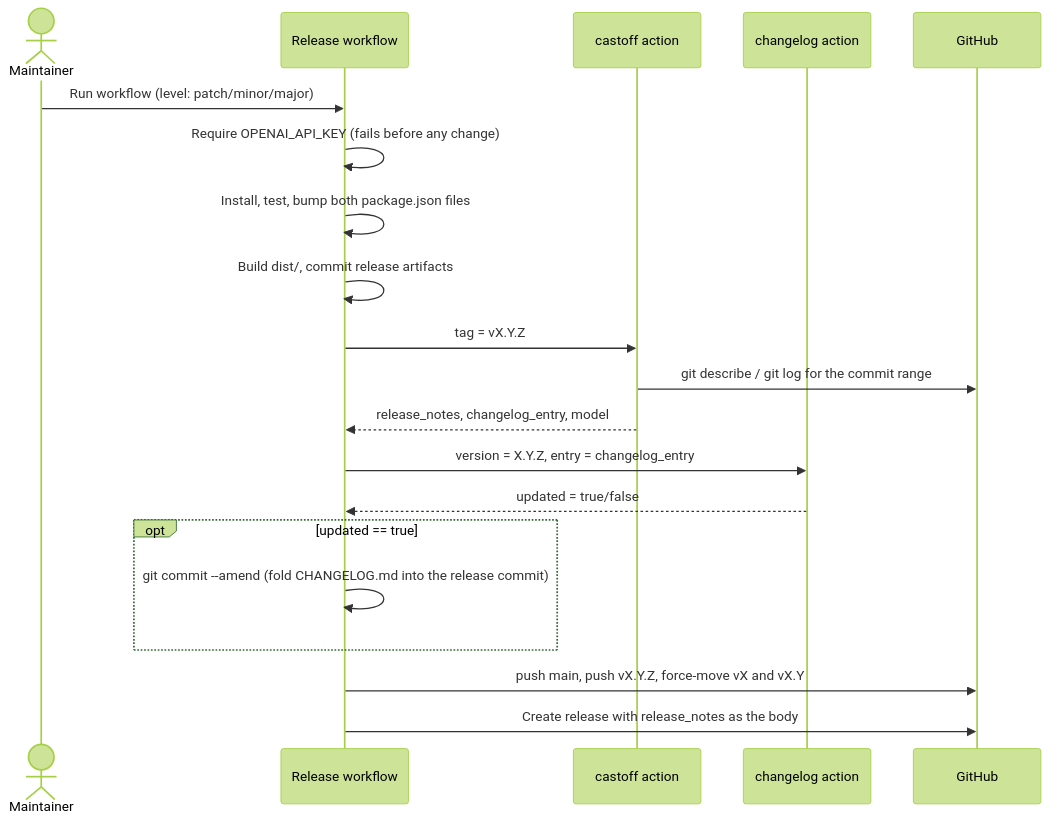
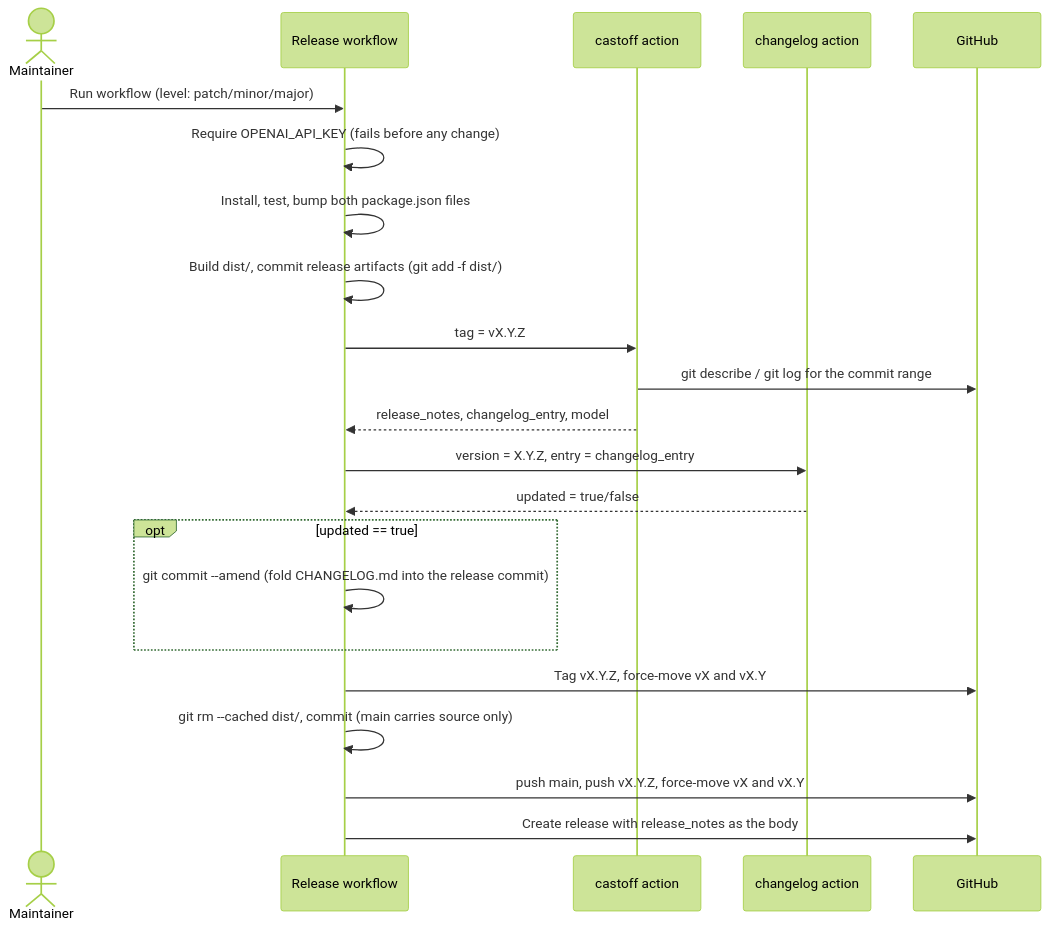
The second of 4 diagrams in docs/architecture.md (everydaydevopsio/castoff), drawn with Mermaid (forest theme) before and after one commit. The commit also changed other lines of this file and 21 other files, not shown here.

First line of the commit message:
feat: build the action bundle at release time

````diff
--- a/docs/architecture.md
+++ b/docs/architecture.md
@@ -59,23 +59,25 @@
 ```mermaid
 sequenceDiagram
   actor Maintainer
   participant WF as Release workflow
   participant CA as castoff action
   participant CL as changelog action
   participant GH as GitHub
 
   Maintainer->>WF: Run workflow (level: patch/minor/major)
   WF->>WF: Require OPENAI_API_KEY (fails before any change)
   WF->>WF: Install, test, bump both package.json files
-  WF->>WF: Build dist/, commit release artifacts
+  WF->>WF: Build dist/, commit release artifacts (git add -f dist/)
   WF->>CA: tag = vX.Y.Z
   CA->>GH: git describe / git log for the commit range
   CA-->>WF: release_notes, changelog_entry, model
   WF->>CL: version = X.Y.Z, entry = changelog_entry
   CL-->>WF: updated = true/false
   opt updated == true
     WF->>WF: git commit --amend (fold CHANGELOG.md into the release commit)
   end
+  WF->>GH: Tag vX.Y.Z, force-move vX and vX.Y
+  WF->>WF: git rm --cached dist/, commit (main carries source only)
   WF->>GH: push main, push vX.Y.Z, force-move vX and vX.Y
   WF->>GH: Create release with release_notes as the body
 ```
````
